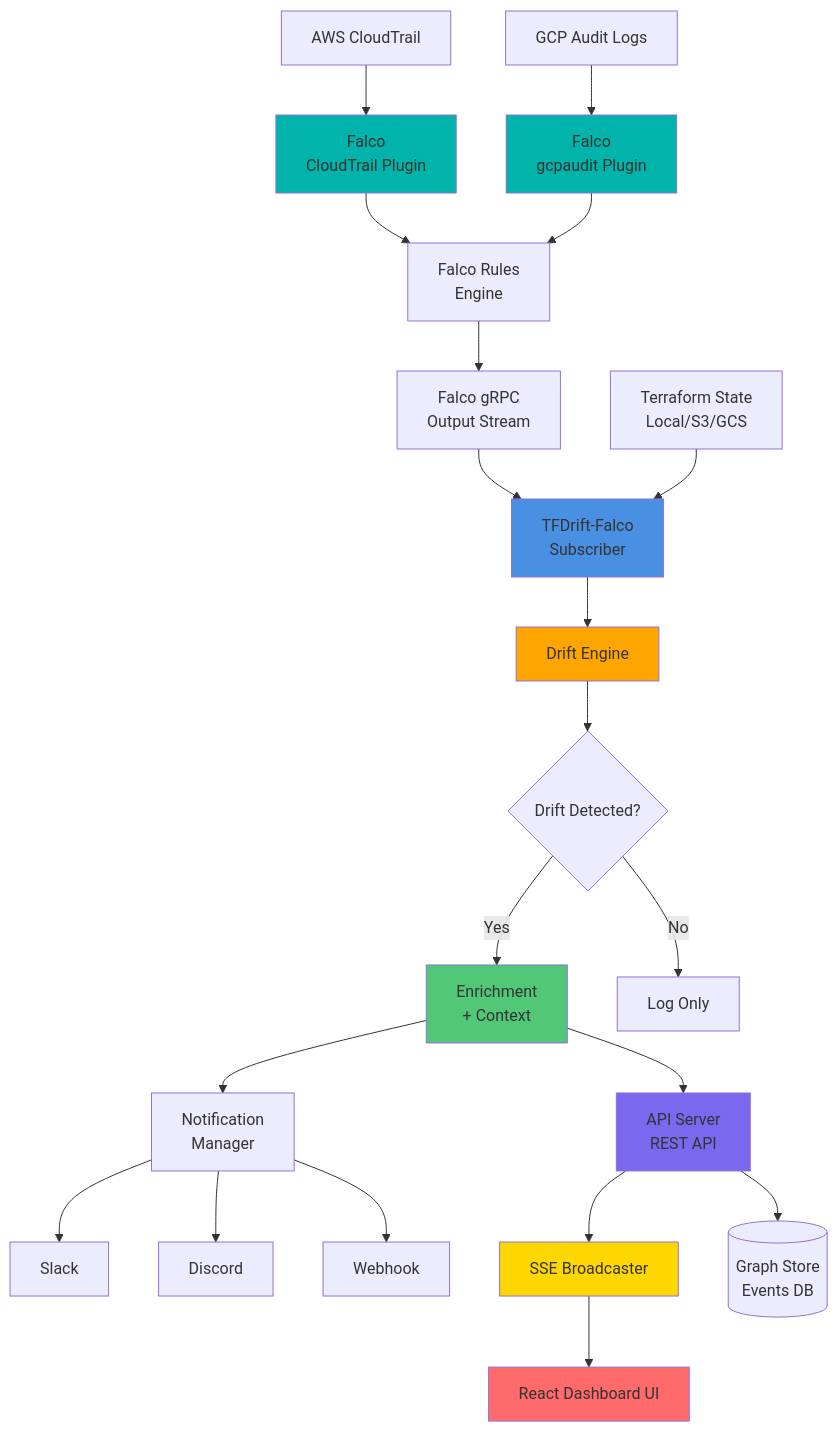
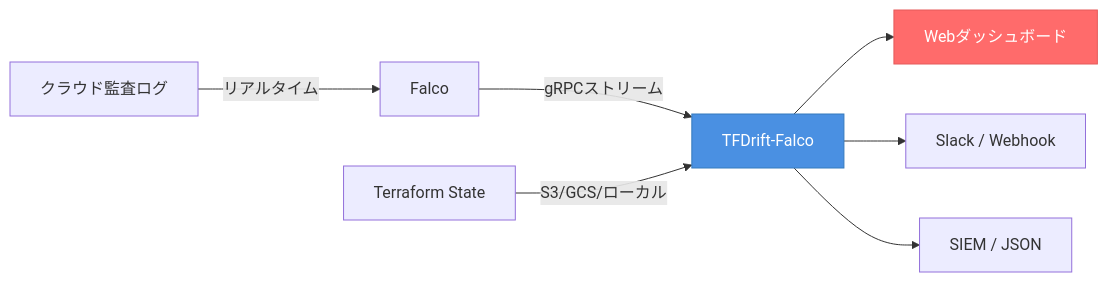
The diagram in README.ja.md (higakikeita/tfdrift-falco), drawn with Mermaid before and after one commit. The commit also changed other lines of this file and 3 other files, not shown here.

````diff
--- a/README.ja.md
+++ b/README.ja.md
@@ -541,37 +79,12 @@
 ```mermaid
-graph TB
-    A[AWS CloudTrail] --> B[Falco<br/>CloudTrail Plugin]
-    A2[GCP Audit Logs] --> B2[Falco<br/>gcpaudit Plugin]
-    B --> C[Falco Rules<br/>Engine]
-    B2 --> C
-    C --> D[Falco gRPC<br/>Output Stream]
-    D --> E[TFDrift-Falco<br/>Subscriber]
+graph LR
+    A[クラウド監査ログ] -->|リアルタイム| B[Falco]
+    B -->|gRPCストリーム| C[TFDrift-Falco]
+    D[Terraform State] -->|S3/GCS/ローカル| C
+    C --> E[Webダッシュボード]
+    C --> F[Slack / Webhook]
+    C --> G[SIEM / JSON]
 
-    F[Terraform State<br/>Local/S3/GCS] --> E
-
-    E --> G[Drift Engine]
-    G --> H{Drift Detected?}
-
-    H -->|Yes| I[Enrichment<br/>+ Context]
-    H -->|No| J[Log Only]
-
-    I --> K[Notification<br/>Manager]
-    K --> L[Slack]
-    K --> M[Discord]
-    K --> N[Webhook]
-
-    I --> O[API Server<br/>REST API]
-    O --> P[SSE Broadcaster]
-    P --> Q[React Dashboard UI]
-
-    O --> R[(Graph Store<br/>Events DB)]
-
-    style E fill:#4A90E2
-    style G fill:#FFA500
-    style I fill:#50C878
-    style B fill:#00B4AB
-    style B2 fill:#00B4AB
-    style O fill:#7B68EE
-    style Q fill:#FF6B6B
-    style P fill:#FFD700
+    style C fill:#4A90E2,color:#fff,stroke:#357ABD
+    style E fill:#FF6B6B,color:#fff,stroke:#E55A5A
 ```
````
